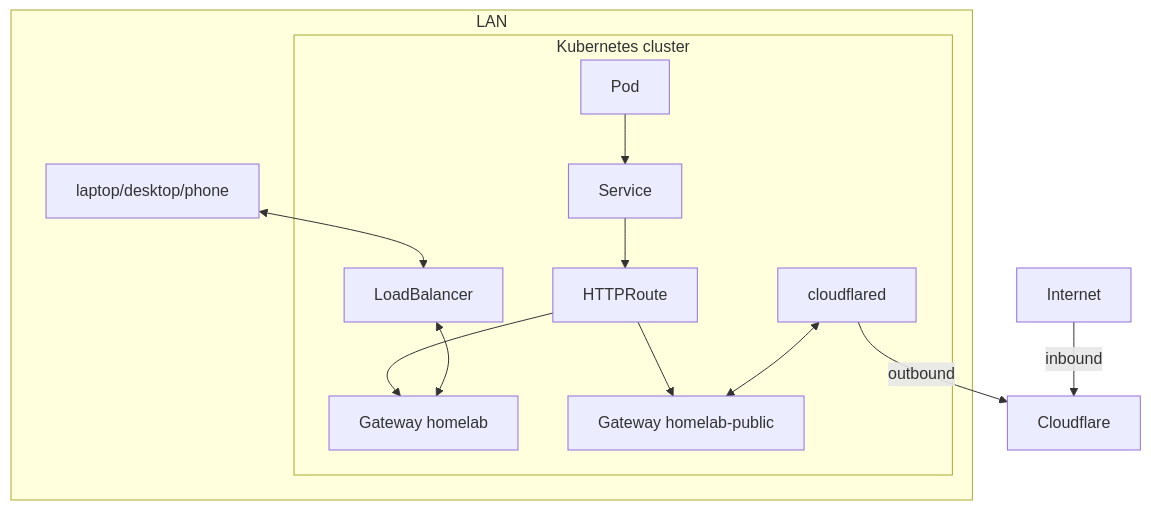
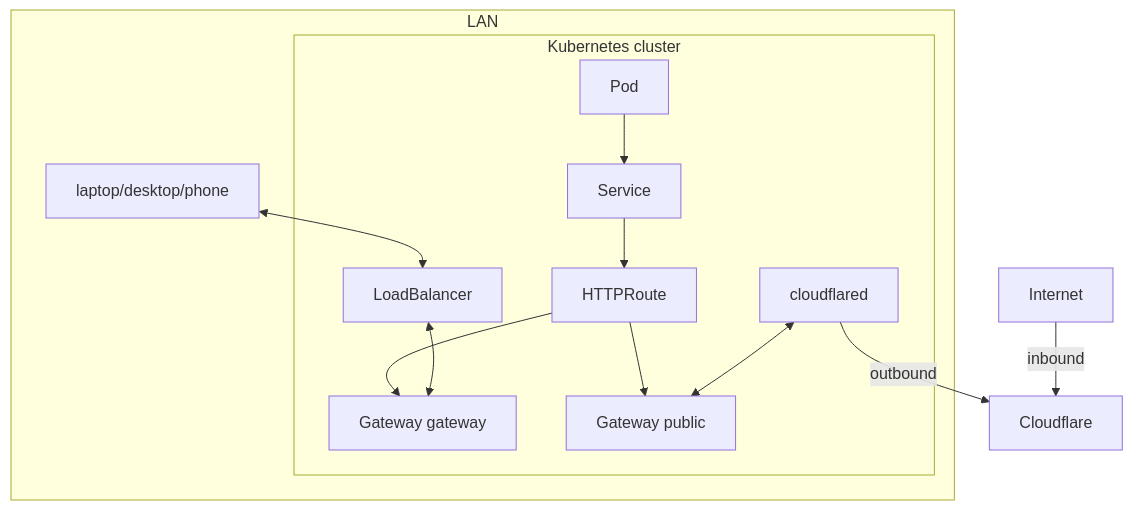
Before and after one commit to duongle-steven/homelab: the diagram in docs/reference/architecture/networking.md, drawn with Mermaid. The commit also changed other lines of this file and 4 other files, not shown here.

````diff
--- a/docs/reference/architecture/networking.md
+++ b/docs/reference/architecture/networking.md
@@ -3,17 +3,17 @@
 ```mermaid
 flowchart TD
   subgraph LAN
     laptop/desktop/phone <--> LoadBalancer
     subgraph k8s[Kubernetes cluster]
       Pod --> Service
       Service --> HTTPRoute
-      HTTPRoute --> homelab[Gateway homelab]
-      HTTPRoute --> public[Gateway homelab-public]
-      LoadBalancer <--> homelab
+      HTTPRoute --> gateway[Gateway gateway]
+      HTTPRoute --> public[Gateway public]
+      LoadBalancer <--> gateway
       cloudflared <--> public
     end
   end
 
   cloudflared -- outbound --> Cloudflare
   Internet -- inbound --> Cloudflare
 ```
````
